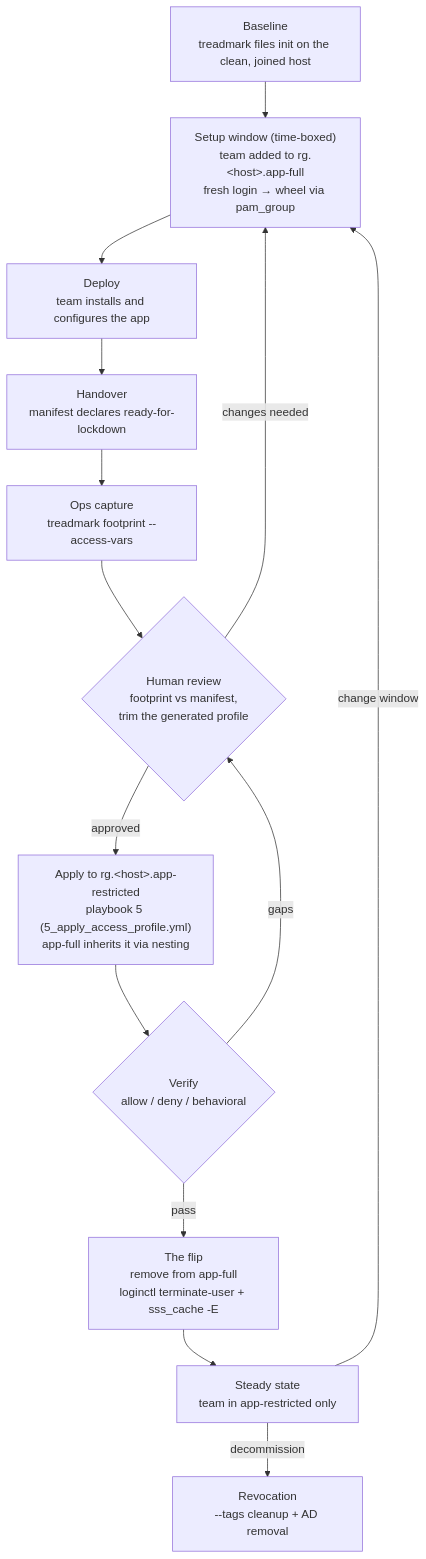
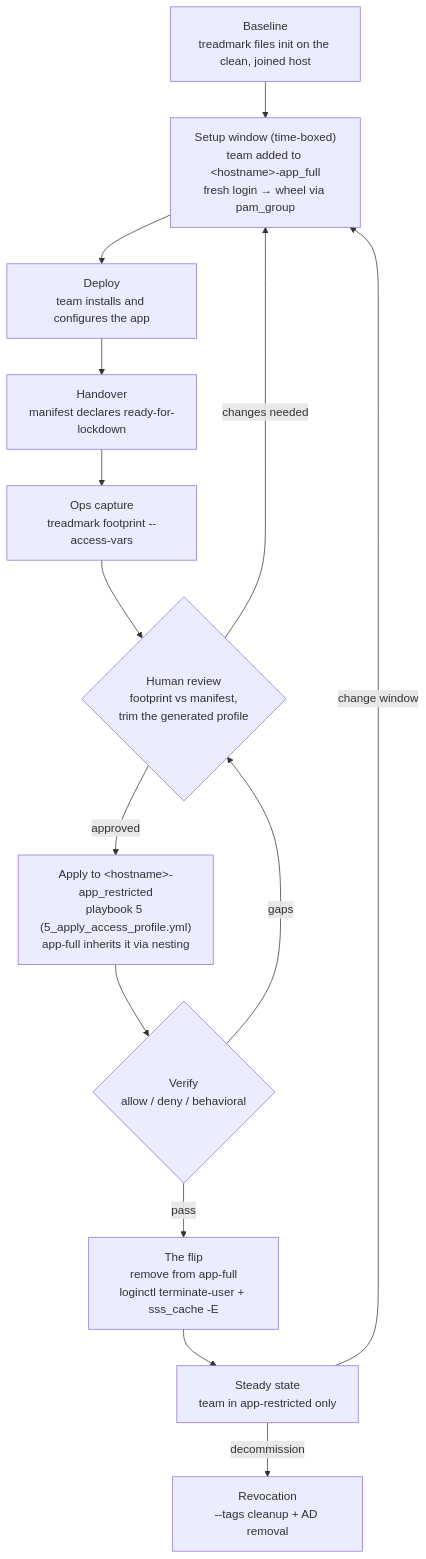
Before and after one commit to mcowser-p/declarative-access-profiles: the diagram in docs/concepts/lifecycle.md, drawn with Mermaid. The commit also changed 3 other files, not shown here.

````diff
--- a/docs/concepts/lifecycle.md
+++ b/docs/concepts/lifecycle.md
@@ -34,17 +34,17 @@
 ```mermaid
 flowchart TD
     B["Baseline<br/>treadmark files init on the clean, joined host"] --> S
-    S["Setup window (time-boxed)<br/>team added to rg.&lt;host&gt;.app-full<br/>fresh login → wheel via pam_group"] --> D
+    S["Setup window (time-boxed)<br/>team added to &lt;hostname&gt;-app_full<br/>fresh login → wheel via pam_group"] --> D
     D["Deploy<br/>team installs and configures the app"] --> H
     H["Handover<br/>manifest declares ready-for-lockdown"] --> C
     C["Ops capture<br/>treadmark footprint --access-vars"] --> R
     R{"Human review<br/>footprint vs manifest,<br/>trim the generated profile"}
     R -->|changes needed| S
-    R -->|approved| A["Apply to rg.&lt;host&gt;.app-restricted<br/>playbook 5 (5_apply_access_profile.yml)<br/>app-full inherits it via nesting"]
+    R -->|approved| A["Apply to &lt;hostname&gt;-app_restricted<br/>playbook 5 (5_apply_access_profile.yml)<br/>app-full inherits it via nesting"]
     A --> V{"Verify<br/>allow / deny / behavioral"}
     V -->|gaps| R
     V -->|pass| F["The flip<br/>remove from app-full<br/>loginctl terminate-user + sss_cache -E"]
     F --> SS["Steady state<br/>team in app-restricted only"]
     SS -->|change window| S
     SS -->|decommission| X["Revocation<br/>--tags cleanup + AD removal"]
 ```
````
